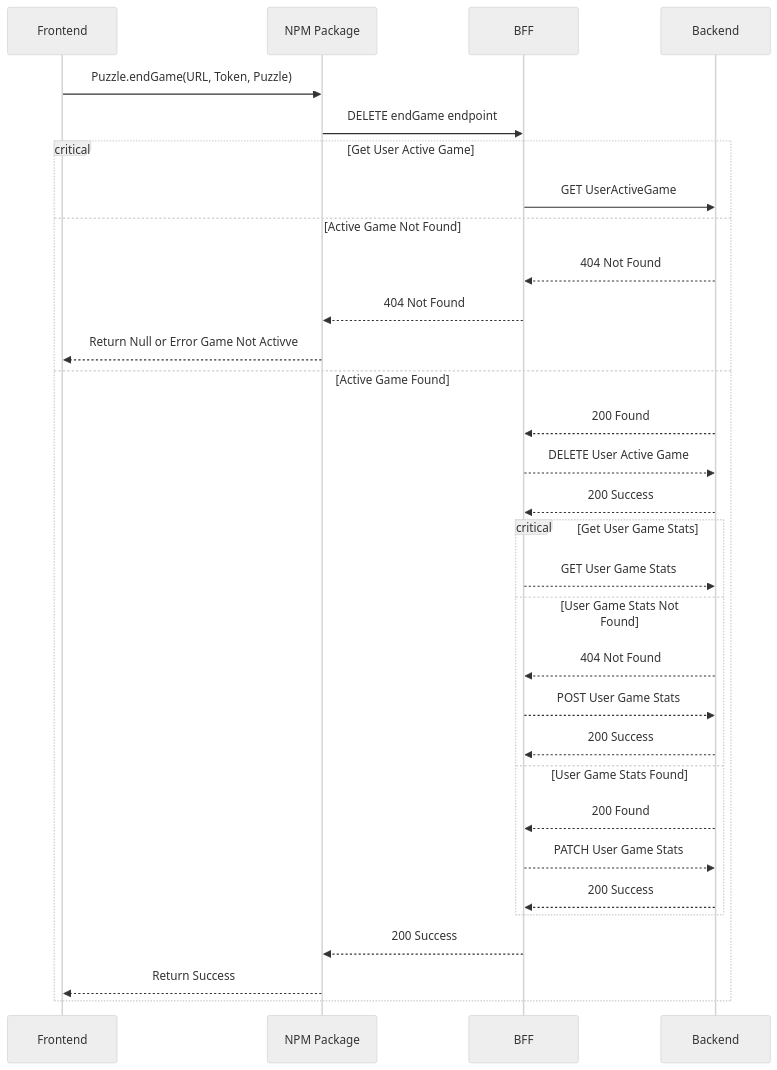
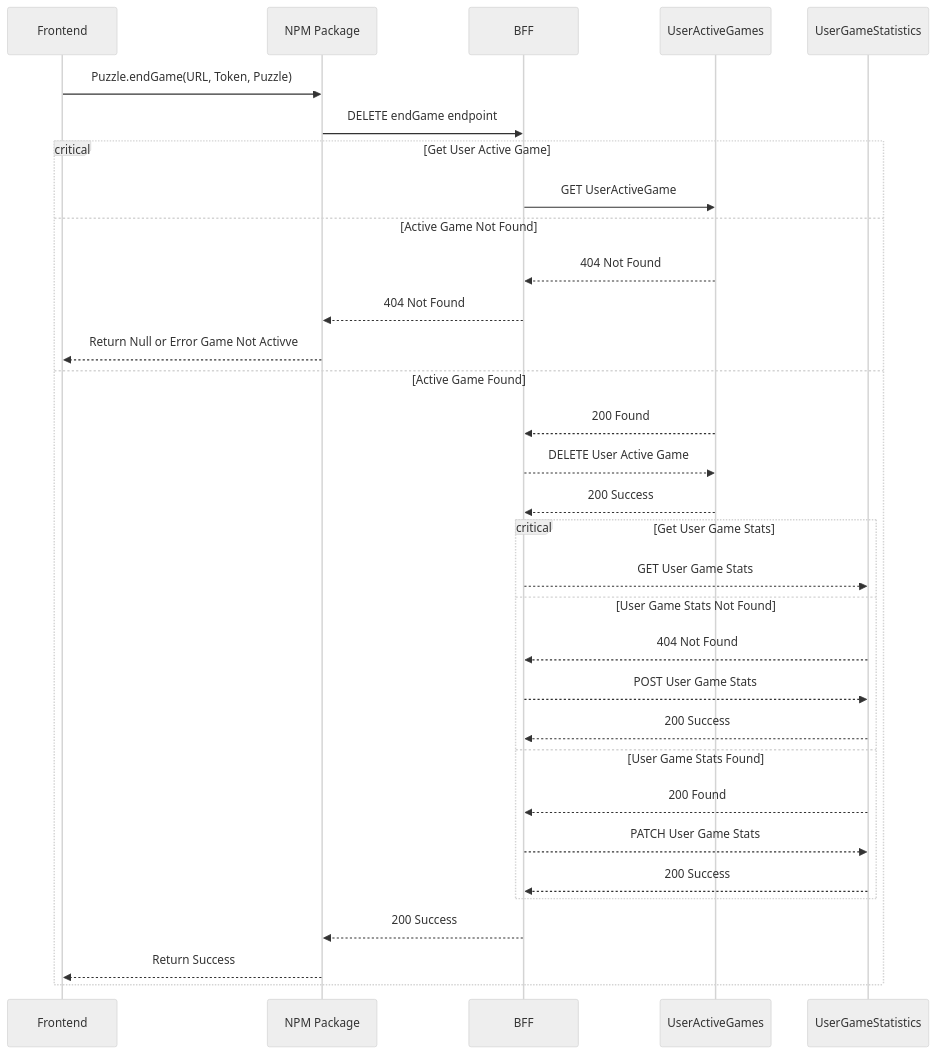
One commit to Sudokuru/Puzzle changed the fourth of 4 diagrams in Documentation/Diagrams/SequenceDiagram.md. Above: the diagram before and after it, drawn with Mermaid (neutral theme).

Commit message:
Updating EndGame flow

````diff
--- a/Documentation/Diagrams/SequenceDiagram.md
+++ b/Documentation/Diagrams/SequenceDiagram.md
@@ -98,38 +98,39 @@
 ```mermaid
 sequenceDiagram
     participant Frontend
     participant NPM Package
     participant BFF
-    participant Backend
+    participant UserActiveGames
+    participant UserGameStatistics
 
     #endGame
     Frontend->>NPM Package: Puzzle.endGame(URL, Token, Puzzle)
     NPM Package->>BFF: DELETE endGame endpoint
 
     critical Get User Active Game
-        BFF->>Backend: GET UserActiveGame
+        BFF->>UserActiveGames: GET UserActiveGame
     option Active Game Not Found
-        Backend-->>BFF: 404 Not Found
+        UserActiveGames-->>BFF: 404 Not Found
         BFF-->>NPM Package: 404 Not Found
         NPM Package-->>Frontend: Return Null or Error Game Not Activve
     option Active Game Found
-        Backend-->>BFF: 200 Found
-        BFF-->>Backend: DELETE User Active Game
-        Backend-->>BFF: 200 Success
+        UserActiveGames-->>BFF: 200 Found
+        BFF-->>UserActiveGames: DELETE User Active Game
+        UserActiveGames-->>BFF: 200 Success
 
         critical Get User Game Stats
-            BFF-->>Backend: GET User Game Stats
+            BFF-->>UserGameStatistics: GET User Game Stats
         option User Game Stats Not Found
-            Backend-->>BFF: 404 Not Found
-            BFF-->>Backend: POST User Game Stats
-            Backend-->>BFF: 200 Success
+            UserGameStatistics-->>BFF: 404 Not Found
+            BFF-->>UserGameStatistics: POST User Game Stats
+            UserGameStatistics-->>BFF: 200 Success
         option User Game Stats Found
-            Backend-->>BFF: 200 Found
-            BFF-->>Backend: PATCH User Game Stats
-            Backend-->>BFF: 200 Success
+            UserGameStatistics-->>BFF: 200 Found
+            BFF-->>UserGameStatistics: PATCH User Game Stats
+            UserGameStatistics-->>BFF: 200 Success
         end
 
         BFF-->>NPM Package: 200 Success
         NPM Package-->>Frontend: Return Success
     end
 ```
````
